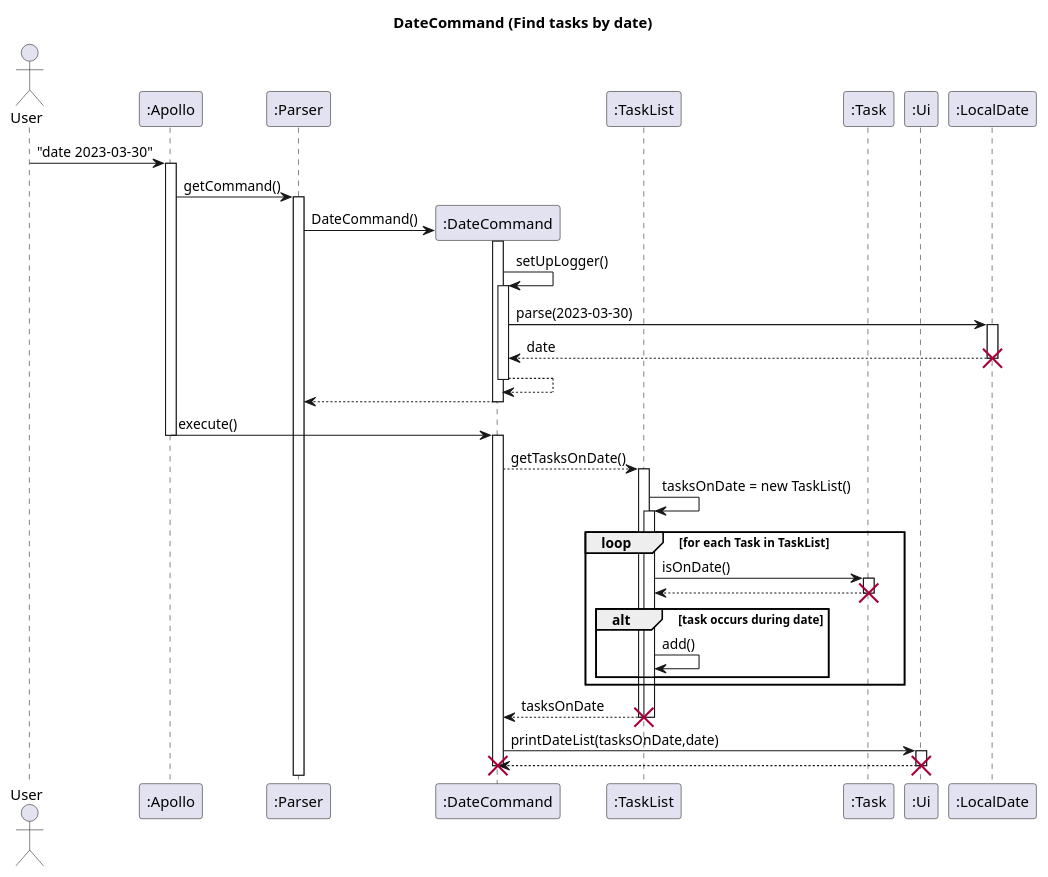
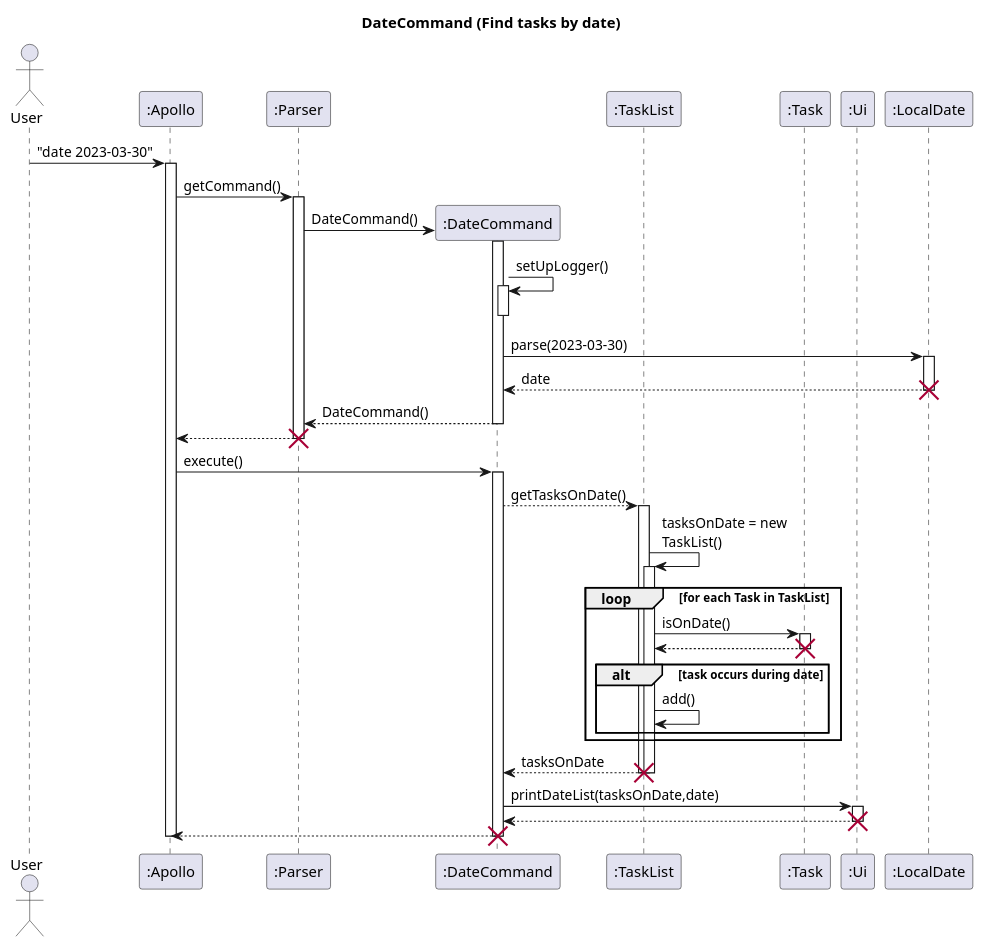
Before and after one commit to nus-cs2113-AY2223S2/tp: the diagram in docs/uml-source/sequence/DateCommand.puml, drawn with PlantUML. The commit also changed 8 other files, not shown here.

Commit message:
Changed UML diagrams

```diff
--- a/docs/uml-source/sequence/DateCommand.puml
+++ b/docs/uml-source/sequence/DateCommand.puml
@@ -1,64 +1,69 @@
 @startuml
 'https://plantuml.com/sequence-diagram
-
+skinparam maxMessageSize 150
 title DateCommand (Find tasks by date)
 
 actor User
 participant ":Apollo" as Apollo
 participant ":Parser" as Parser
 participant ":DateCommand" as Date
 participant ":TaskList" as TaskList
 participant ":Task" as Task
 participant ":Ui" as Ui
 participant ":LocalDate" as LocalDate
 
 User -> Apollo : "date 2023-03-30"
 activate Apollo
 Apollo -> Parser : getCommand()
 activate Parser
 Parser ->  Date** : DateCommand()
-Date++
-Date -> Date++ : setUpLogger()
-
+activate Date
+Date -> Date: setUpLogger()
+activate Date
+deactivate Date
 
 Date -> LocalDate: parse(2023-03-30)
 activate LocalDate
 LocalDate --> Date: date
 deactivate LocalDate
 destroy LocalDate
-return
-return
+Date --> Parser : DateCommand()
+deactivate Date
+
+Parser --> Apollo
+deactivate Parser
+destroy Parser
 
 Apollo -> Date : execute()
-Apollo --
 activate Date
 Date --> TaskList : getTasksOnDate()
 activate TaskList
 TaskList -> TaskList++ : tasksOnDate = new TaskList()
 loop for each Task in TaskList
     TaskList -> Task: isOnDate()
     activate Task
     Task --> TaskList :
     deactivate Task
     destroy Task
     alt task occurs during date
     TaskList -> TaskList : add()
     end
 end
 TaskList --> Date : tasksOnDate
 
 deactivate TaskList
 destroy TaskList
 
 
 Date -> Ui : printDateList(tasksOnDate,date)
 activate Ui
 Ui --> Date
 deactivate Ui
 destroy Ui
+Date --> Apollo
 destroy Date
-
+deactivate Apollo
 
 
 
 @enduml
```
